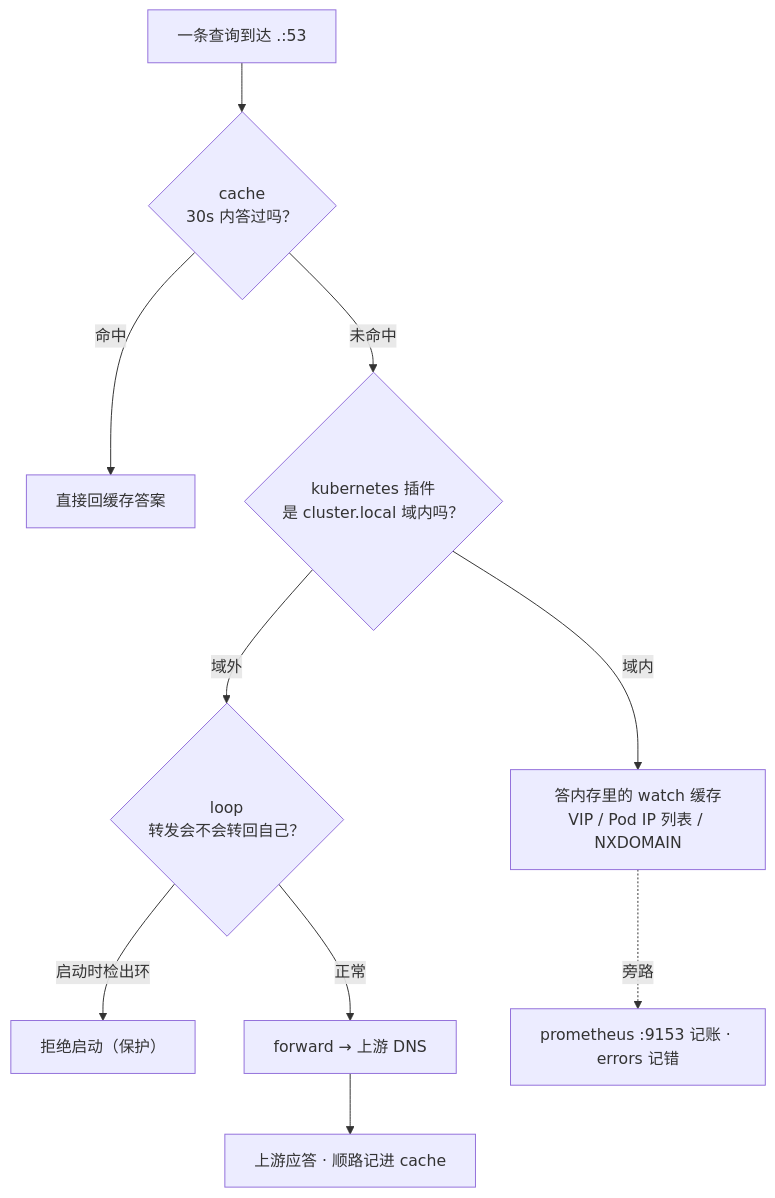
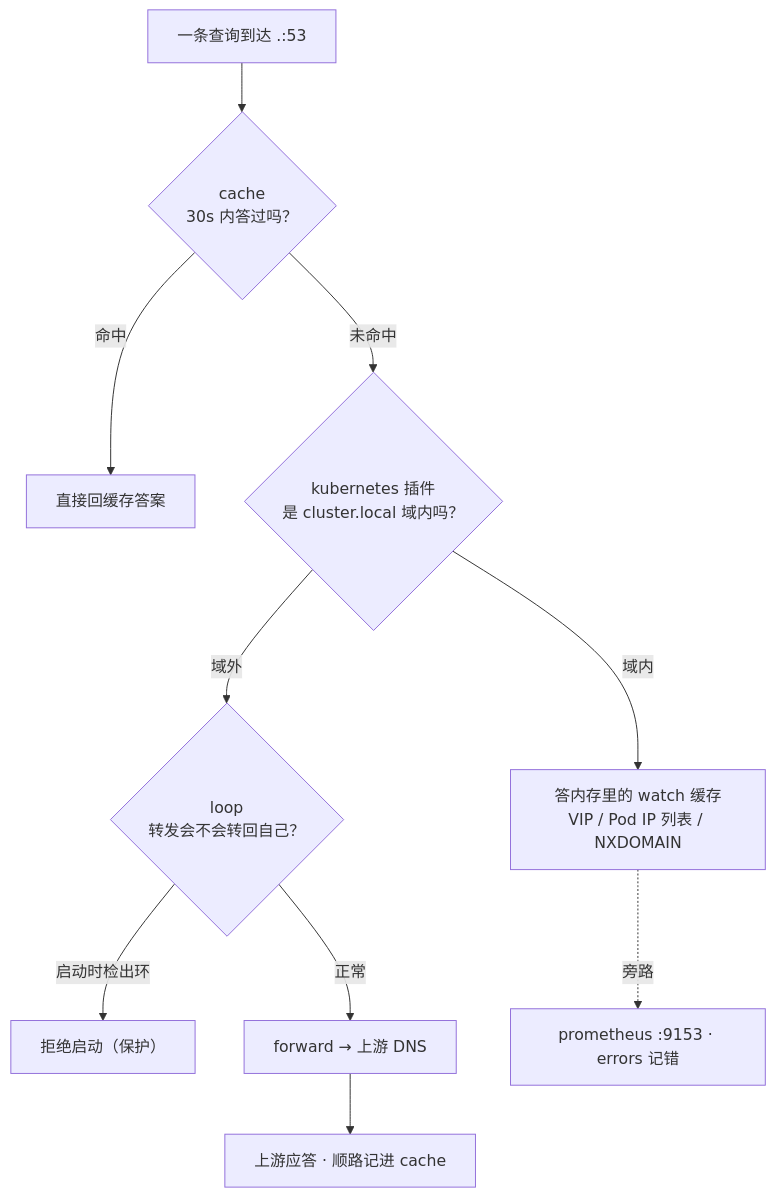
The second of 5 diagrams in 03-Kubernetes/09-CoreDNS/知识点.md (ml-cuizijun/LearnToLilith), drawn with Mermaid before and after one commit. The commit also changed other lines of this file and 178 other files, not shown here.

````diff
--- a/03-Kubernetes/09-CoreDNS/知识点.md
+++ b/03-Kubernetes/09-CoreDNS/知识点.md
@@ -235,12 +222,12 @@
 ```mermaid
 flowchart TB
     Q["一条查询到达 .:53"] --> C{"cache<br/>30s 内答过吗？"}
     C -->|命中| HIT["直接回缓存答案"]
     C -->|未命中| K{"kubernetes 插件<br/>是 cluster.local 域内吗？"}
     K -->|域内| K8S["答内存里的 watch 缓存<br/>VIP / Pod IP 列表 / NXDOMAIN"]
     K -->|域外| L{"loop<br/>转发会不会转回自己？"}
     L -->|启动时检出环| DIE["拒绝启动（保护）"]
     L -->|正常| F["forward → 上游 DNS"]
     F --> UP["上游应答 · 顺路记进 cache"]
-    K8S -.->|旁路| M["prometheus :9153 记账 · errors 记错"]
+    K8S -.->|旁路| M["prometheus :9153 · errors 记错"]
 ```
````
